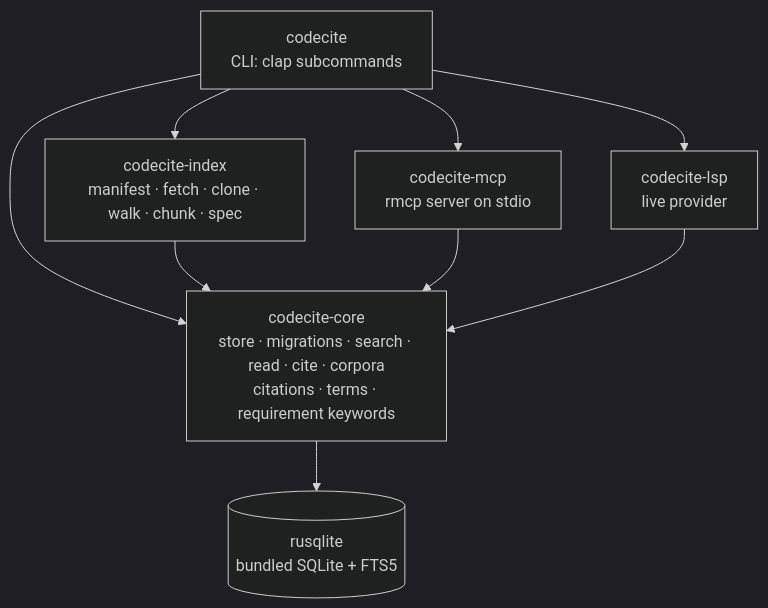
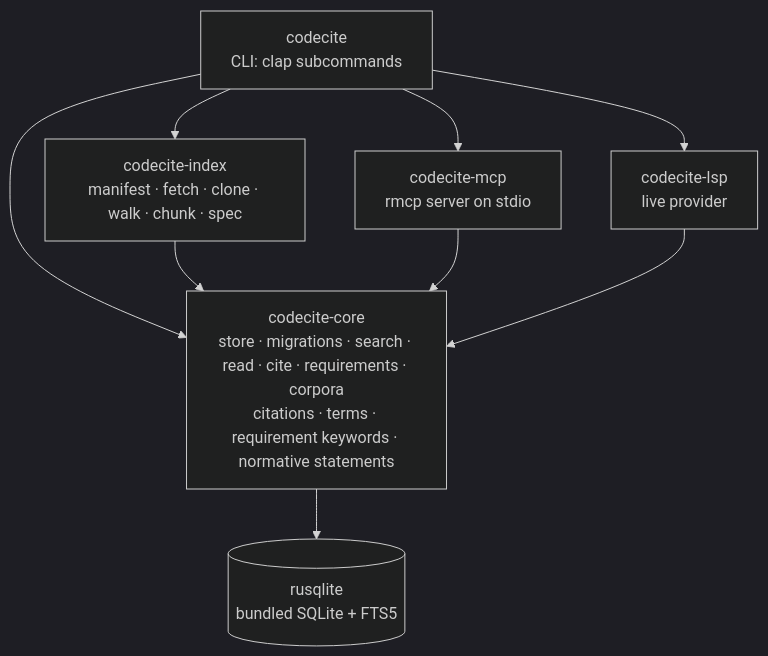
One commit to jamescrowley321/codecite changed the second of 5 diagrams in docs/design.md. Above: the diagram before and after it, drawn with Mermaid (dark theme). The commit also changed other lines of this file and 7 other files, not shown here.

````diff
--- a/docs/design.md
+++ b/docs/design.md
@@ -76,11 +76,11 @@
 ```mermaid
 flowchart TD
   bin["codecite<br/>CLI: clap subcommands"] --> index["codecite-index<br/>manifest · fetch · clone · walk · chunk · spec"]
   bin --> mcp["codecite-mcp<br/>rmcp server on stdio"]
   bin --> lsp["codecite-lsp<br/>live provider"]
   bin --> core
-  index --> core["codecite-core<br/>store · migrations · search · read · cite · corpora<br/>citations · terms · requirement keywords"]
+  index --> core["codecite-core<br/>store · migrations · search · read · cite · requirements · corpora<br/>citations · terms · requirement keywords · normative statements"]
   mcp --> core
   lsp --> core
   core --> sqlite[("rusqlite<br/>bundled SQLite + FTS5")]
 ```
````
